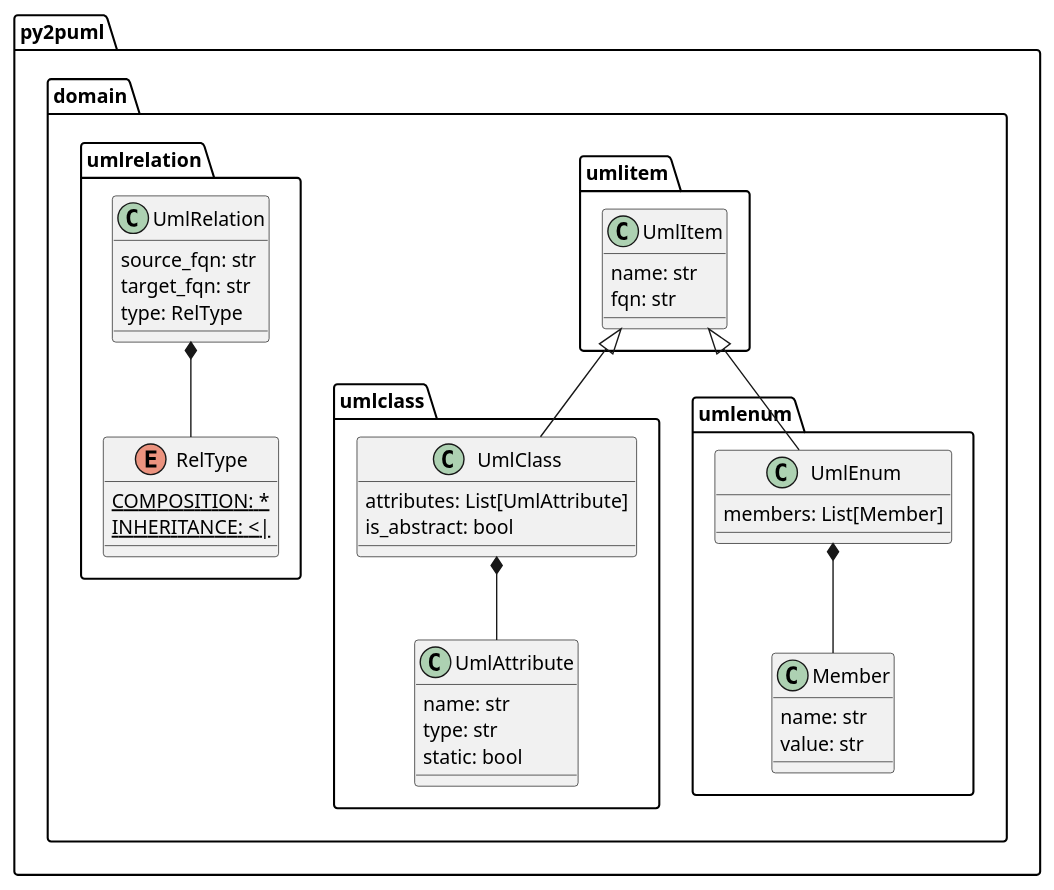
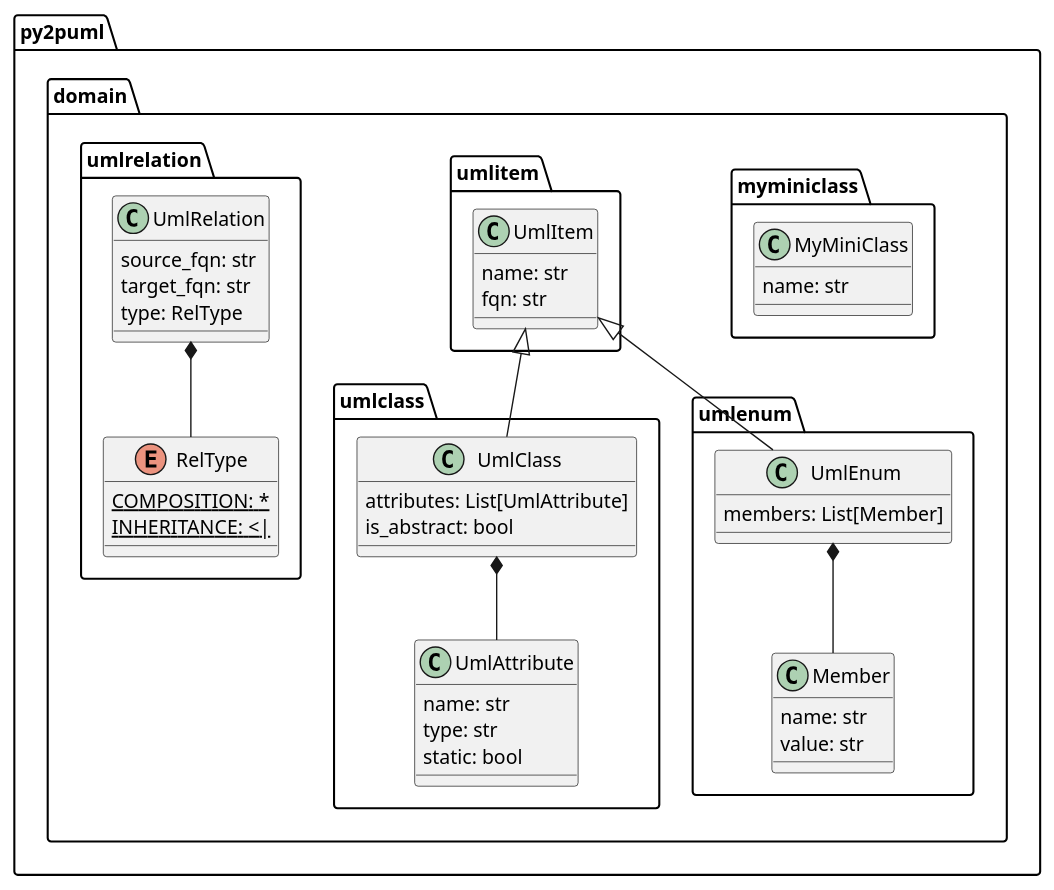
Before and after one commit to lucsorel/py2puml: the diagram in py2puml/py2puml.domain.puml, drawn with PlantUML. The commit also changed 1 other file, not shown here.

```diff
--- a/py2puml/py2puml.domain.puml
+++ b/py2puml/py2puml.domain.puml
@@ -1,36 +1,39 @@
 @startuml
+class py2puml.domain.myminiclass.MyMiniClass {
+  name: str
+}
 class py2puml.domain.umlclass.UmlAttribute {
   name: str
   type: str
   static: bool
 }
 class py2puml.domain.umlclass.UmlClass {
   attributes: List[UmlAttribute]
   is_abstract: bool
 }
 class py2puml.domain.umlitem.UmlItem {
   name: str
   fqn: str
 }
 class py2puml.domain.umlenum.Member {
   name: str
   value: str
 }
 class py2puml.domain.umlenum.UmlEnum {
   members: List[Member]
 }
 enum py2puml.domain.umlrelation.RelType {
   COMPOSITION: * {static}
   INHERITANCE: <| {static}
 }
 class py2puml.domain.umlrelation.UmlRelation {
   source_fqn: str
   target_fqn: str
   type: RelType
 }
 py2puml.domain.umlclass.UmlClass *-- py2puml.domain.umlclass.UmlAttribute
 py2puml.domain.umlitem.UmlItem <|-- py2puml.domain.umlclass.UmlClass
 py2puml.domain.umlenum.UmlEnum *-- py2puml.domain.umlenum.Member
 py2puml.domain.umlitem.UmlItem <|-- py2puml.domain.umlenum.UmlEnum
 py2puml.domain.umlrelation.UmlRelation *-- py2puml.domain.umlrelation.RelType
 @enduml
```
